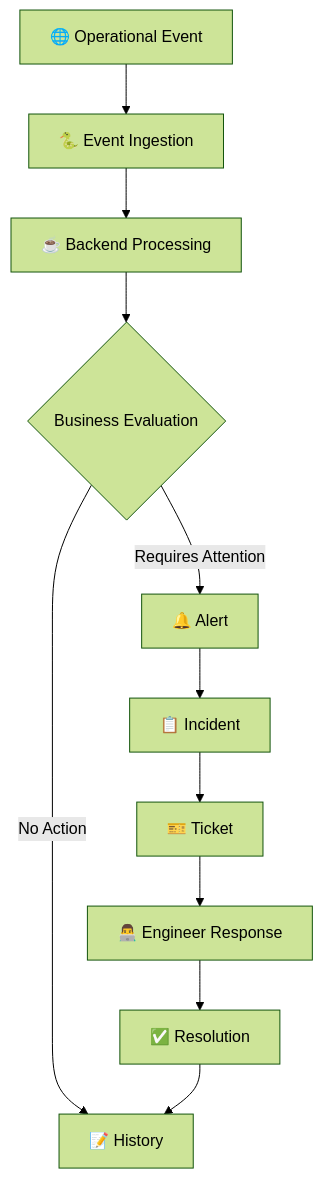
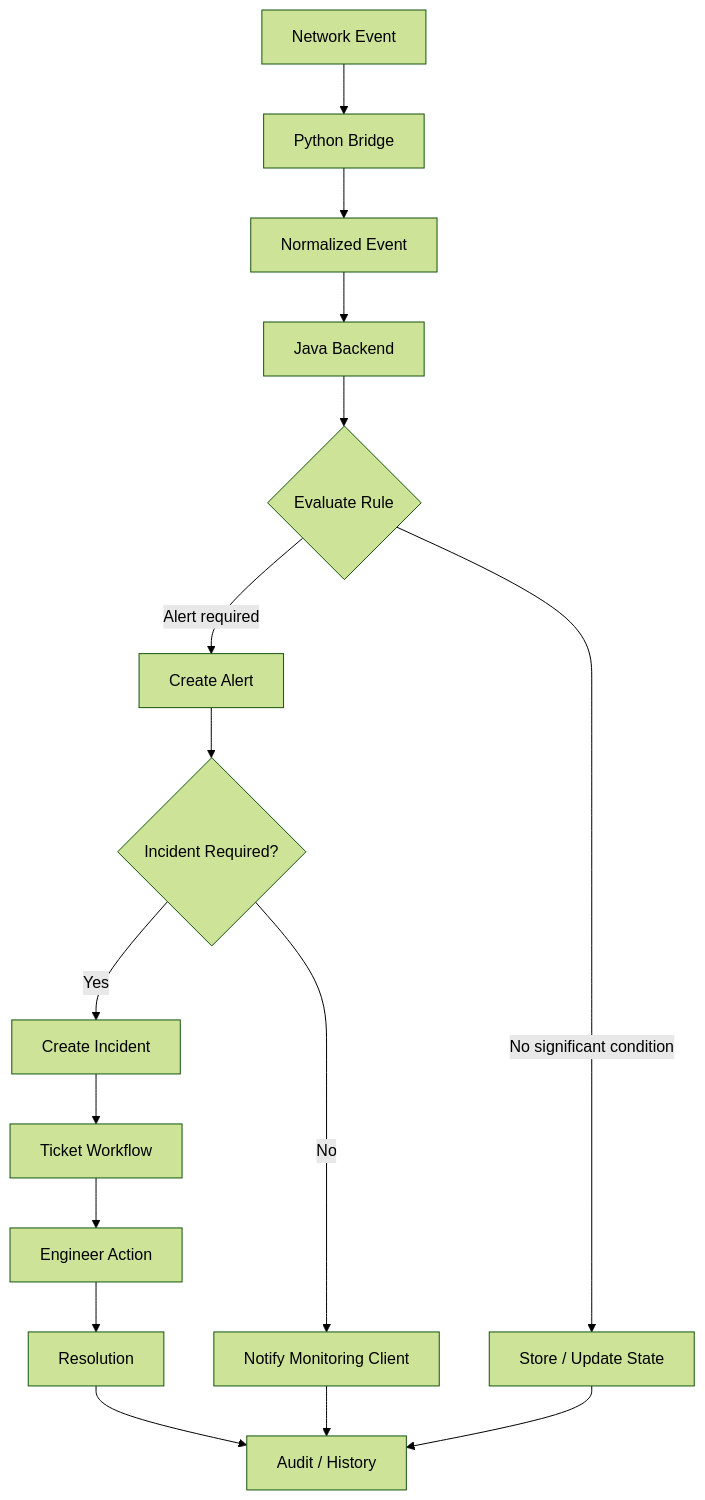
One commit to Git-Mohammed/netpulse changed the second of 2 diagrams in README.md. Above: the diagram before and after it, drawn with Mermaid (forest theme). The commit also changed other lines of this file, not shown here.

````diff
--- a/README.md
+++ b/README.md
@@ -193,25 +319,23 @@
 ```mermaid
 flowchart TD
 
-    A["🌐 Operational Event"]
-    B["🐍 Event Ingestion"]
-    C["☕ Backend Processing"]
-    D{"Business Evaluation"}
-    E["🔔 Alert"]
-    F["📋 Incident"]
-    G["🎫 Ticket"]
-    H["👨‍💻 Engineer Response"]
-    I["✅ Resolution"]
-    J["📝 History"]
+    A["Network Event"] --> B["Python Bridge"]
+    B --> C["Normalized Event"]
+    C --> D["Java Backend"]
+    D --> E{"Evaluate Rule"}
 
-    A --> B
-    B --> C
-    C --> D
-    D -->|"Requires Attention"| E
-    D -->|"No Action"| J
-    E --> F
-    F --> G
-    G --> H
-    H --> I
-    I --> J
+    E -->|"No significant condition"| F["Store / Update State"]
+    E -->|"Alert required"| G["Create Alert"]
+    G --> H{"Incident Required?"}
+
+    H -->|"No"| I["Notify Monitoring Client"]
+    H -->|"Yes"| J["Create Incident"]
+
+    J --> K["Ticket Workflow"]
+    K --> L["Engineer Action"]
+    L --> M["Resolution"]
+    M --> N["Audit / History"]
+
+    I --> N
+    F --> N
 ```
````
